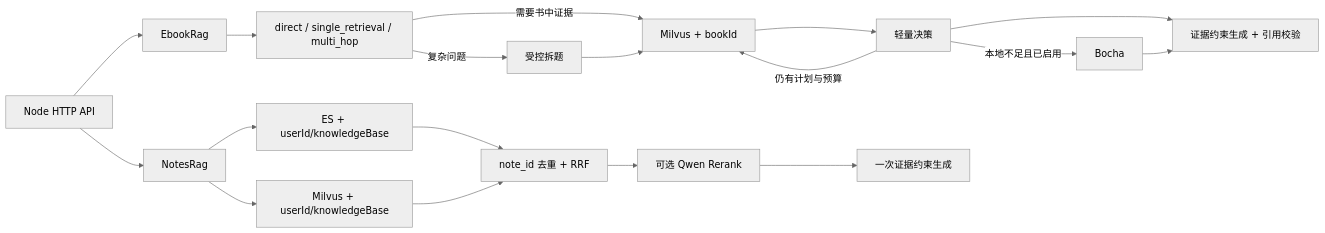
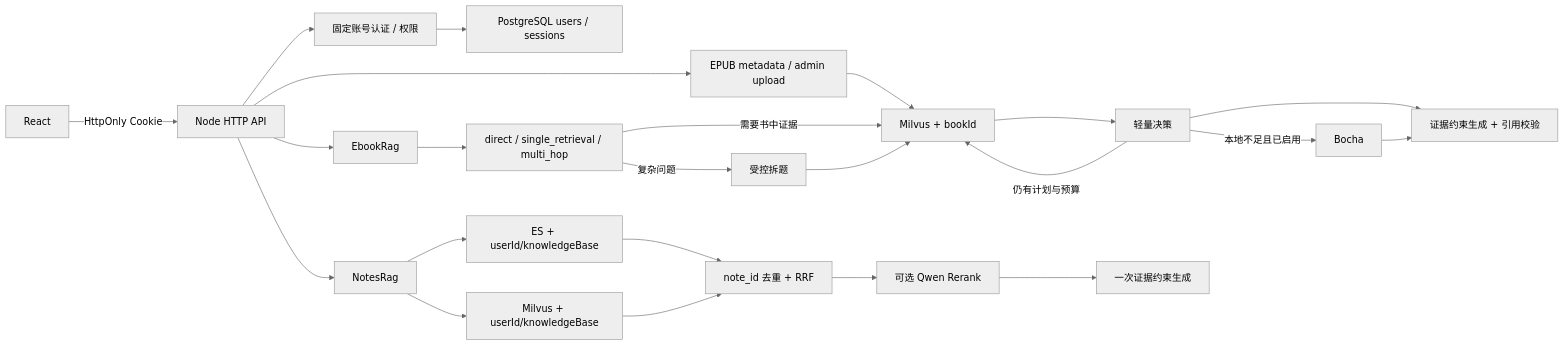
Before and after one commit to bangeluoyue/MemoRAG: the first of 3 diagrams in docs/specs/memorag-roadmap.md, drawn with Mermaid (neutral theme). The commit also changed other lines of this file and 26 other files, not shown here.

Commit message:
feat(app): add fixed auth and EPUB management

````diff
--- a/docs/specs/memorag-roadmap.md
+++ b/docs/specs/memorag-roadmap.md
@@ -42,22 +42,27 @@
 ```mermaid
 flowchart LR
+  UI["React"] -->|HttpOnly Cookie| HTTP
+  HTTP --> AUTH["固定账号认证 / 权限"]
+  AUTH --> APG["PostgreSQL users / sessions"]
   HTTP["Node HTTP API"] --> EBOOK["EbookRag"]
   HTTP --> NOTES["NotesRag"]
+  HTTP --> LIB["EPUB metadata / admin upload"]
+  LIB --> MV
 
   EBOOK --> ROUTE["direct / single_retrieval / multi_hop"]
   ROUTE -->|复杂问题| DECOMP["受控拆题"]
   ROUTE -->|需要书中证据| MV["Milvus + bookId"]
   DECOMP --> MV
   MV --> DECIDE["轻量决策"]
   DECIDE -->|仍有计划与预算| MV
   DECIDE -->|本地不足且已启用| WEB["Bocha"]
   DECIDE --> EGEN["证据约束生成 + 引用校验"]
   WEB --> EGEN
 
   NOTES --> ES["ES + userId/knowledgeBase"]
   NOTES --> NMV["Milvus + userId/knowledgeBase"]
   ES --> RRF["note_id 去重 + RRF"]
   NMV --> RRF
   RRF --> RR["可选 Qwen Rerank"]
   RR --> NGEN["一次证据约束生成"]
 ```
````
